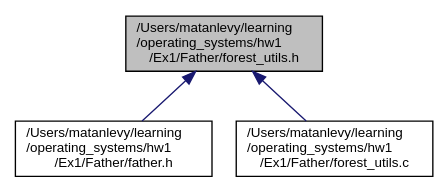
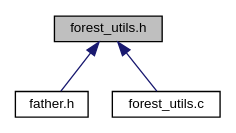
One commit to LevyMatan/ISP_ex1_doc changed the diagram in forest__utils_8h__dep__incl.dot. Above: the diagram before and after it, drawn with Graphviz. The commit also changed 81 other files, not shown here.

```diff
--- a/forest__utils_8h__dep__incl.dot
+++ b/forest__utils_8h__dep__incl.dot
@@ -1,12 +1,12 @@
-digraph "/Users/matanlevy/learning/operating_systems/hw1/Ex1/Father/forest_utils.h"
+digraph "forest_utils.h"
 {
  // INTERACTIVE_SVG=YES
  // LATEX_PDF_SIZE
   edge [fontname="Helvetica",fontsize="10",labelfontname="Helvetica",labelfontsize="10"];
   node [fontname="Helvetica",fontsize="10",shape=record];
-  Node1 [label="/Users/matanlevy/learning\l/operating_systems/hw1\l/Ex1/Father/forest_utils.h",height=0.2,width=0.4,color="black", fillcolor="grey75", style="filled", fontcolor="black",tooltip="This sub-module will handle all forest related functions."];
+  Node1 [label="forest_utils.h",height=0.2,width=0.4,color="black", fillcolor="grey75", style="filled", fontcolor="black",tooltip="This sub-module will handle all forest related functions."];
   Node1 -> Node2 [dir="back",color="midnightblue",fontsize="10",style="solid",fontname="Helvetica"];
-  Node2 [label="/Users/matanlevy/learning\l/operating_systems/hw1\l/Ex1/Father/father.h",height=0.2,width=0.4,color="black", fillcolor="white", style="filled",URL="$father_8h.html",tooltip=" "];
+  Node2 [label="father.h",height=0.2,width=0.4,color="black", fillcolor="white", style="filled",URL="$father_8h.html",tooltip=" "];
   Node1 -> Node3 [dir="back",color="midnightblue",fontsize="10",style="solid",fontname="Helvetica"];
-  Node3 [label="/Users/matanlevy/learning\l/operating_systems/hw1\l/Ex1/Father/forest_utils.c",height=0.2,width=0.4,color="black", fillcolor="white", style="filled",URL="$forest__utils_8c.html",tooltip="Holds all forest related functions. Allows to go through the forest and change each cell to the next ..."];
+  Node3 [label="forest_utils.c",height=0.2,width=0.4,color="black", fillcolor="white", style="filled",URL="$forest__utils_8c.html",tooltip="Holds all forest related functions. Allows to go through the forest and change each cell to the next ..."];
 }
```
